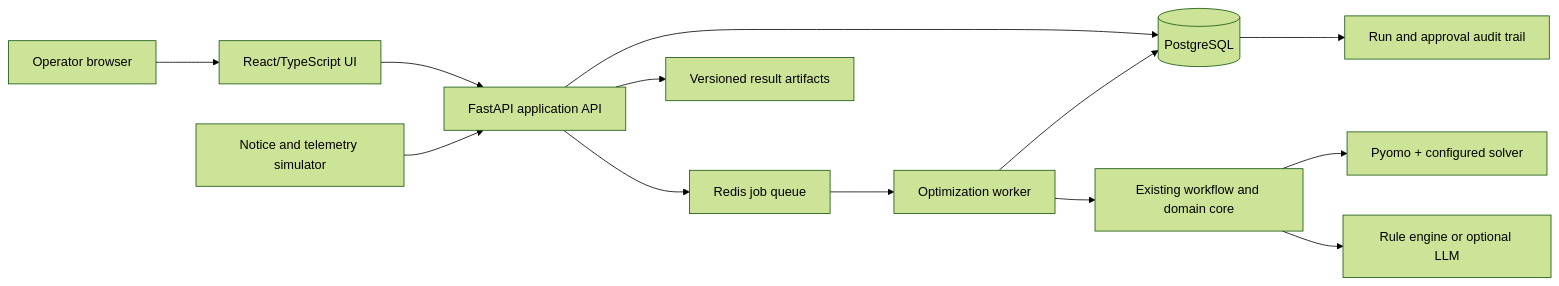
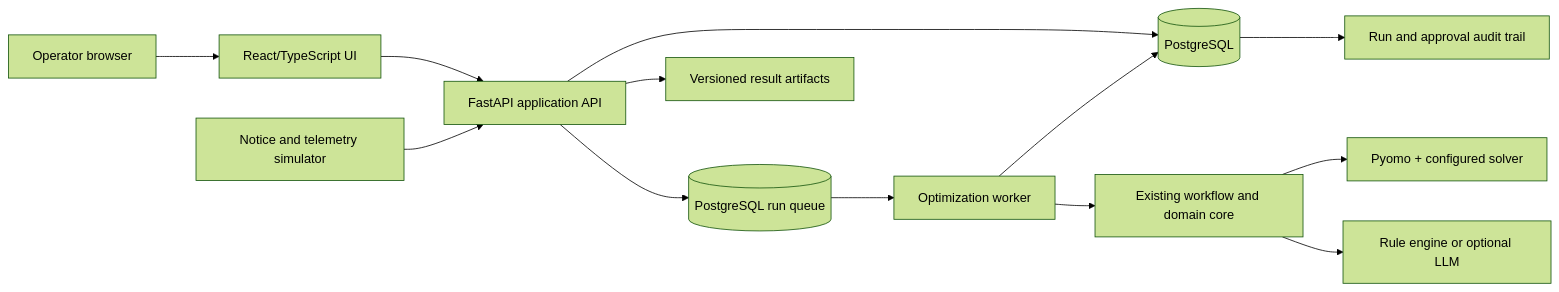
The diagram in docs/INDUSTRY_DEMONSTRATOR_WORK_PACKAGE.md (AlienEslami/depotflux-demo), drawn with Mermaid (forest theme) before and after one commit. The commit also changed other lines of this file and 21 other files, not shown here.

````diff
--- a/docs/INDUSTRY_DEMONSTRATOR_WORK_PACKAGE.md
+++ b/docs/INDUSTRY_DEMONSTRATOR_WORK_PACKAGE.md
@@ -162,15 +162,15 @@
 ```mermaid
 flowchart LR
     O[Operator browser] --> UI[React/TypeScript UI]
     UI --> API[FastAPI application API]
     API --> DB[(PostgreSQL)]
-    API --> Q[Redis job queue]
-    Q --> W[Optimization worker]
+    API --> DBQ[(PostgreSQL run queue)]
+    DBQ --> W[Optimization worker]
     W --> CORE[Existing workflow and domain core]
     CORE --> MILP[Pyomo + configured solver]
     CORE --> AGENT[Rule engine or optional LLM]
     W --> DB
     SIM[Notice and telemetry simulator] --> API
     API --> ART[Versioned result artifacts]
     DB --> AUDIT[Run and approval audit trail]
 ```
````
